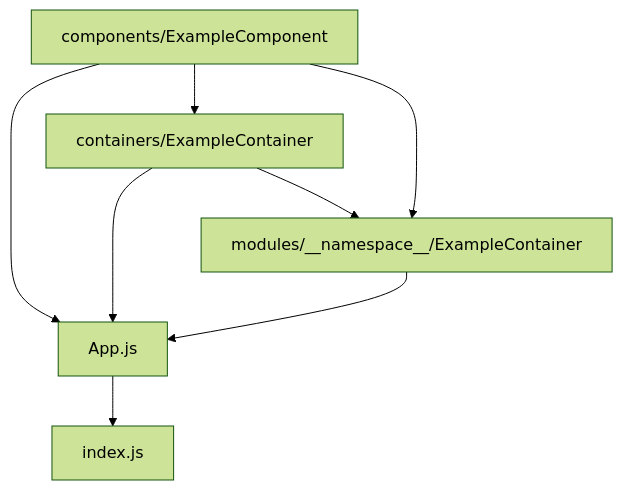
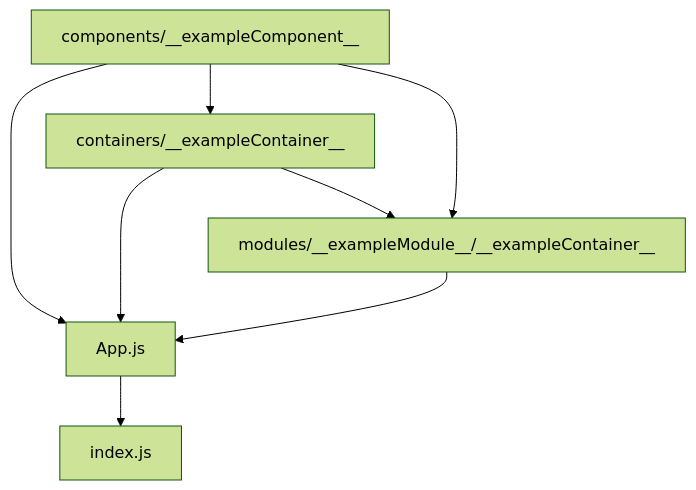
One commit to Speira/base-react-sample changed the diagram in README.md. Above: the diagram before and after it, drawn with Mermaid (forest theme). The commit also changed other lines of this file, not shown here.

````diff
--- a/README.md
+++ b/README.md
@@ -13,11 +14,11 @@
 ```mermaid
 graph TD
   App.js --> index.js
-  components/ExampleComponent --> App.js;
-  containers/ExampleContainer --> App.js;
-  modules/__namespace__/ExampleContainer --> App.js;
-  components/ExampleComponent --> containers/ExampleContainer;
-  components/ExampleComponent --> modules/__namespace__/ExampleContainer;
-  containers/ExampleContainer --> modules/__namespace__/ExampleContainer
+  components/__exampleComponent__ --> App.js;
+  containers/__exampleContainer__ --> App.js;
+  modules/__exampleModule__/__exampleContainer__ --> App.js;
+  components/__exampleComponent__ --> containers/__exampleContainer__;
+  components/__exampleComponent__ --> modules/__exampleModule__/__exampleContainer__;
+  containers/__exampleContainer__ --> modules/__exampleModule__/__exampleContainer__;
 
 ```
````
